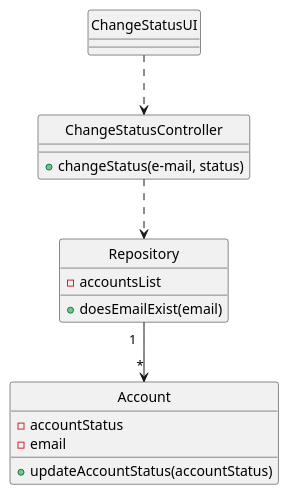
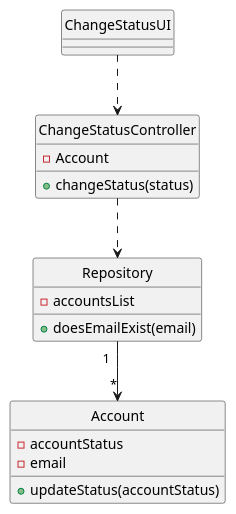
The diagram in docs/modelling_design/user_stories/us005/US005_Class_Diagram.puml (Loracline/project_switch_22-23), drawn with PlantUML before and after one commit. The commit also changed 13 other files, not shown here.

First line of the commit message:
US005,006: Development -ChangeStatusController and respective tests;  -Refinement of class and sequence diagram.

```diff
--- a/docs/modelling_design/user_stories/us005/US005_Class_Diagram.puml
+++ b/docs/modelling_design/user_stories/us005/US005_Class_Diagram.puml
@@ -1,32 +1,32 @@
 @startuml
 
 class "ChangeStatusUI"
 class "ChangeStatusController"
 class "Repository"
 class "Account"
 
 "ChangeStatusUI" ..> "ChangeStatusController"
 "ChangeStatusController"  ..> "Repository"
 "Repository" "1  " -->"*" "Account"
 
 class "ChangeStatusController"{
-+changeStatus(e-mail, status)
+-Account
++changeStatus(status)
 }
-
 class "Repository"{
 -accountsList
 +doesEmailExist(email)
 }
 
 class Account{
 - accountStatus
-- email
-+ updateAccountStatus(accountStatus)
+-email
++ updateStatus(accountStatus)
 }
 
 hide "ChangeStatusUI" circle
 hide "ChangeStatusController" circle
 hide "Repository" circle
 hide "Account" circle
 
 @enduml
```
